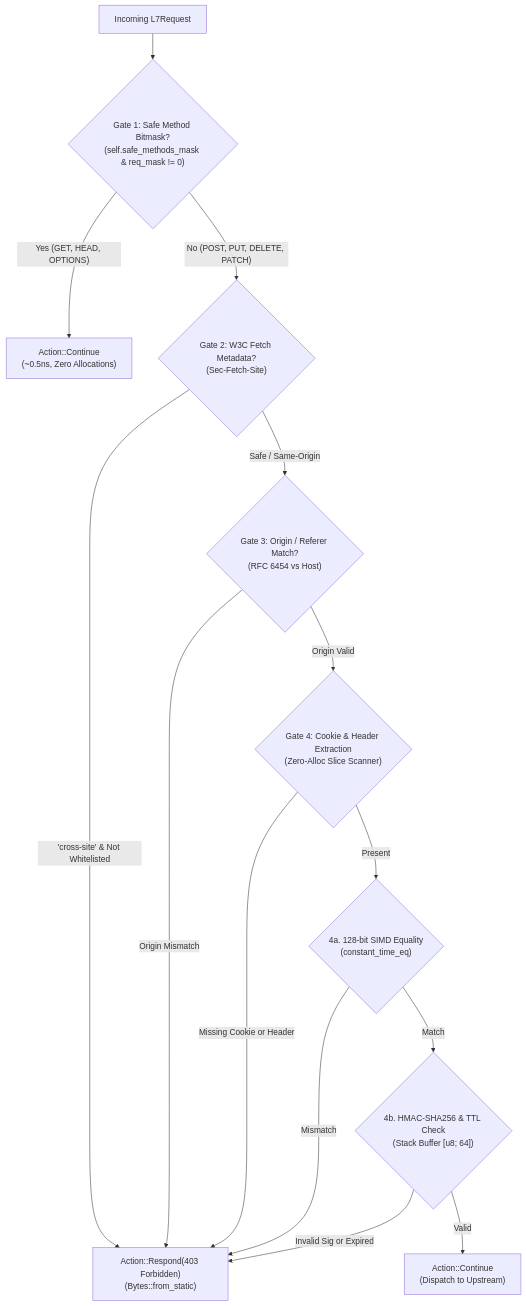
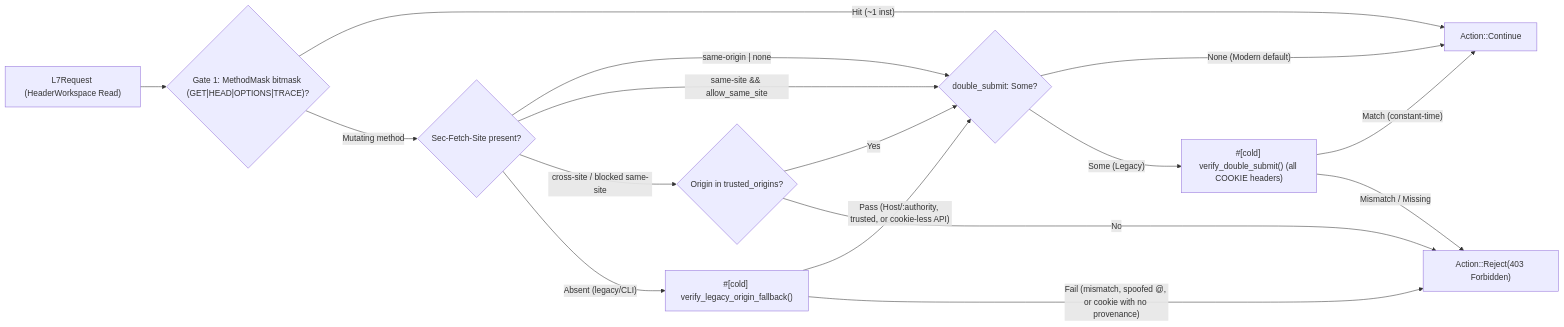
The diagram in crates/velda-plugin/src/pre_upstream/csrf/ARCHITECTURE.md (phucle996/velda-edge), drawn with Mermaid before and after one commit. The commit also changed other lines of this file and 4 other files, not shown here.

Commit message:
docs(csrf): rewrite architecture, runbook, tests, and KVM benchmark suite

````diff
--- a/crates/velda-plugin/src/pre_upstream/csrf/ARCHITECTURE.md
+++ b/crates/velda-plugin/src/pre_upstream/csrf/ARCHITECTURE.md
@@ -24,19 +9,18 @@
 ```mermaid
-flowchart TD
-    A["Incoming L7Request"] --> B{"Gate 1: Safe Method Bitmask?\n(self.safe_methods_mask & req_mask != 0)"}
-    B -- "Yes (GET, HEAD, OPTIONS)" --> C["Action::Continue\n(~0.5ns, Zero Allocations)"]
-    
-    B -- "No (POST, PUT, DELETE, PATCH)" --> D{"Gate 2: W3C Fetch Metadata?\n(Sec-Fetch-Site)"}
-    D -- "'cross-site' & Not Whitelisted" --> REJ["Action::Respond(403 Forbidden)\n(Bytes::from_static)"]
-    
-    D -- "Safe / Same-Origin" --> E{"Gate 3: Origin / Referer Match?\n(RFC 6454 vs Host)"}
-    E -- "Origin Mismatch" --> REJ
-    
-    E -- "Origin Valid" --> F{"Gate 4: Cookie & Header Extraction\n(Zero-Alloc Slice Scanner)"}
-    F -- "Missing Cookie or Header" --> REJ
-    F -- "Present" --> G{"4a. 128-bit SIMD Equality\n(constant_time_eq)"}
-    G -- "Mismatch" --> REJ
-    G -- "Match" --> H{"4b. HMAC-SHA256 & TTL Check\n(Stack Buffer [u8; 64])"}
-    H -- "Invalid Sig or Expired" --> REJ
-    H -- "Valid" --> I["Action::Continue\n(Dispatch to Upstream)"]
+flowchart LR
+    A["L7Request (HeaderWorkspace Read)"] --> G1{"Gate 1: MethodMask bitmask (GET|HEAD|OPTIONS|TRACE)?"}
+    G1 -- "Hit (~1 inst)" --> OK["Action::Continue"]
+    G1 -- "Mutating method" --> G2{"Sec-Fetch-Site present?"}
+    G2 -- "same-origin | none" --> G4{"double_submit: Some?"}
+    G2 -- "same-site && allow_same_site" --> G4
+    G2 -- "cross-site / blocked same-site" --> T{"Origin in trusted_origins?"}
+    T -- "Yes" --> G4
+    T -- "No" --> R403["Action::Reject(403 Forbidden)"]
+    G2 -- "Absent (legacy/CLI)" --> C1["#[cold] verify_legacy_origin_fallback()"]
+    C1 -- "Pass (Host/:authority, trusted, or cookie-less API)" --> G4
+    C1 -- "Fail (mismatch, spoofed @, or cookie with no provenance)" --> R403
+    G4 -- "None (Modern default)" --> OK
+    G4 -- "Some (Legacy)" --> C2["#[cold] verify_double_submit() (all COOKIE headers)"]
+    C2 -- "Match (constant-time)" --> OK
+    C2 -- "Mismatch / Missing" --> R403
 ```
````
